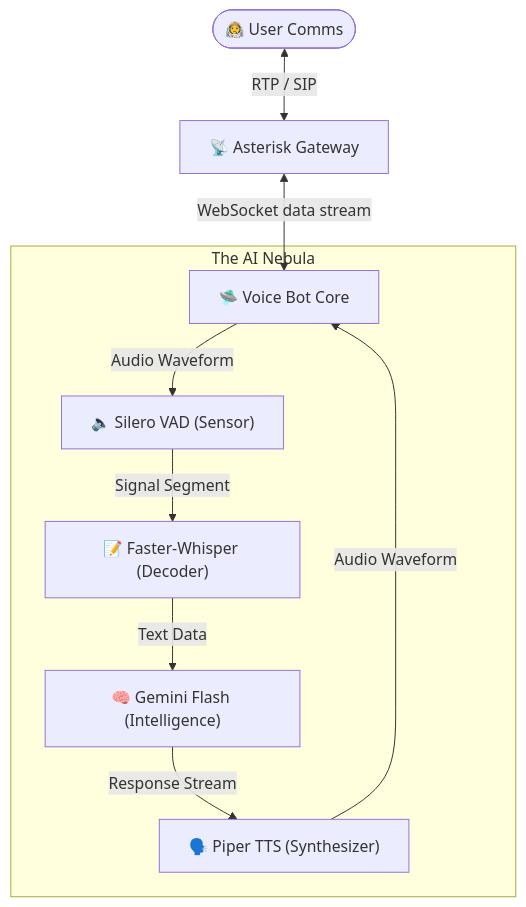
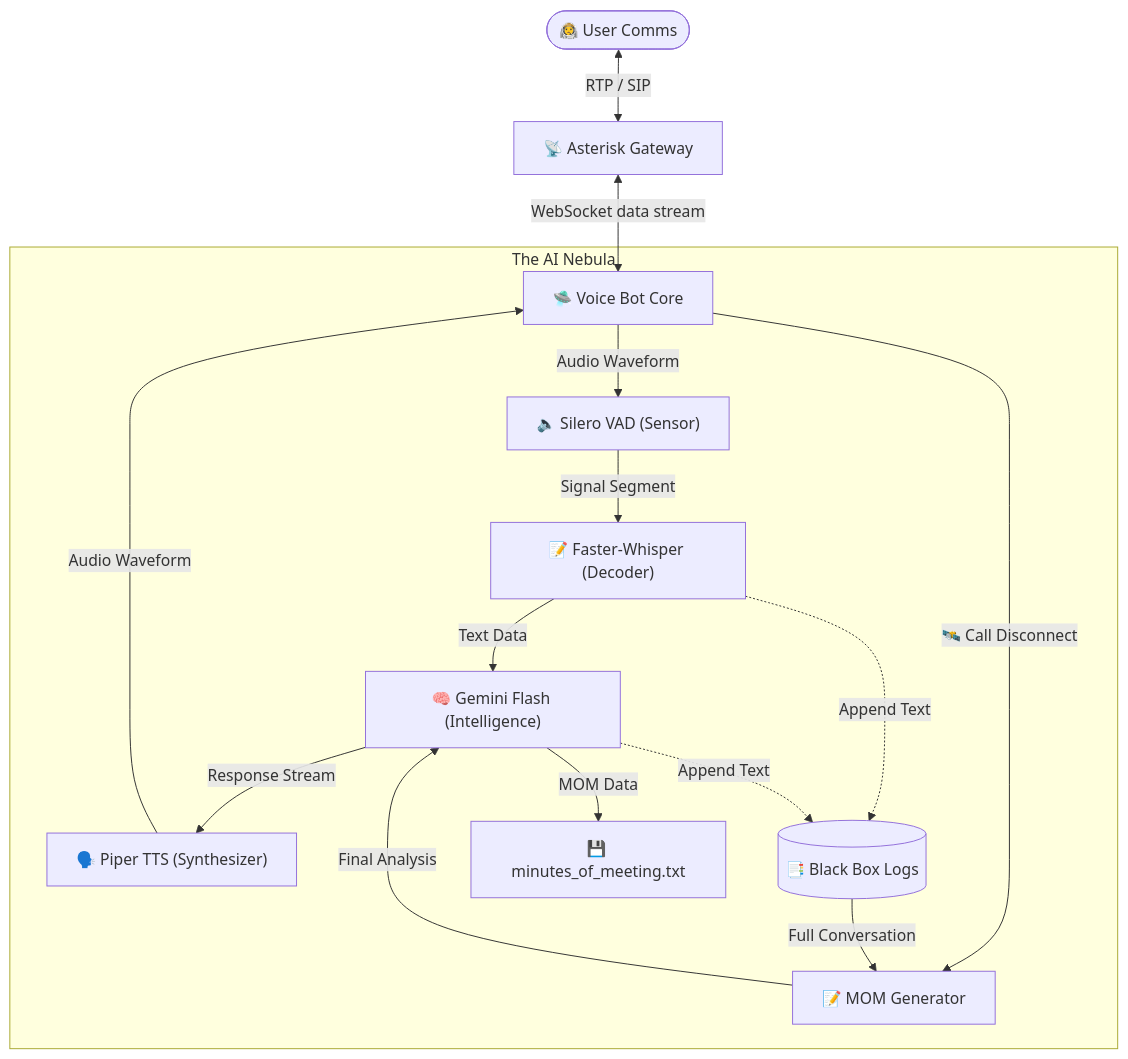
One commit to Shre-shth/devbits26-PS1 changed the diagram in README.md. Above: the diagram before and after it, drawn with Mermaid.

Commit message:
added demo_vid in readme

````diff
--- a/README.md
+++ b/README.md
@@ -151,13 +151,22 @@
 ```mermaid
 graph TD
     User([👨‍🚀 User Comms]) <-->|RTP / SIP| Asterisk[📡 Asterisk Gateway]
     Asterisk <-->|WebSocket data stream| Bot[🛸 Voice Bot Core]
     
     subgraph "The AI Nebula"
         Bot -->|Audio Waveform| VAD["🔈 Silero VAD (Sensor)"]
         VAD -->|Signal Segment| STT["📝 Faster-Whisper (Decoder)"]
         STT -->|Text Data| Brain["🧠 Gemini Flash (Intelligence)"]
         Brain -->|Response Stream| TTS["🗣️ Piper TTS (Synthesizer)"]
         TTS -->|Audio Waveform| Bot
+        
+        %% MOM Logic
+        STT -.->|Append Text| Logger[(📑 Black Box Logs)]
+        Brain -.->|Append Text| Logger
+        
+        Bot -- "🛰️ Call Disconnect" --> Debrief[📝 MOM Generator]
+        Logger -->|Full Conversation| Debrief
+        Debrief -->|Final Analysis| Brain
+        Brain -->|MOM Data| File[💾 minutes_of_meeting.txt]
     end
 ```
````
